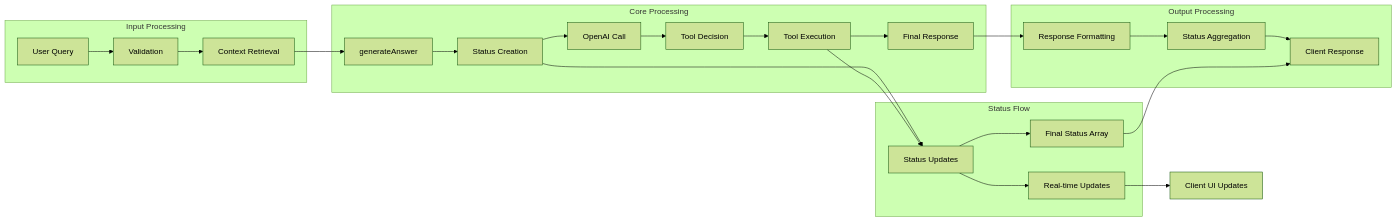
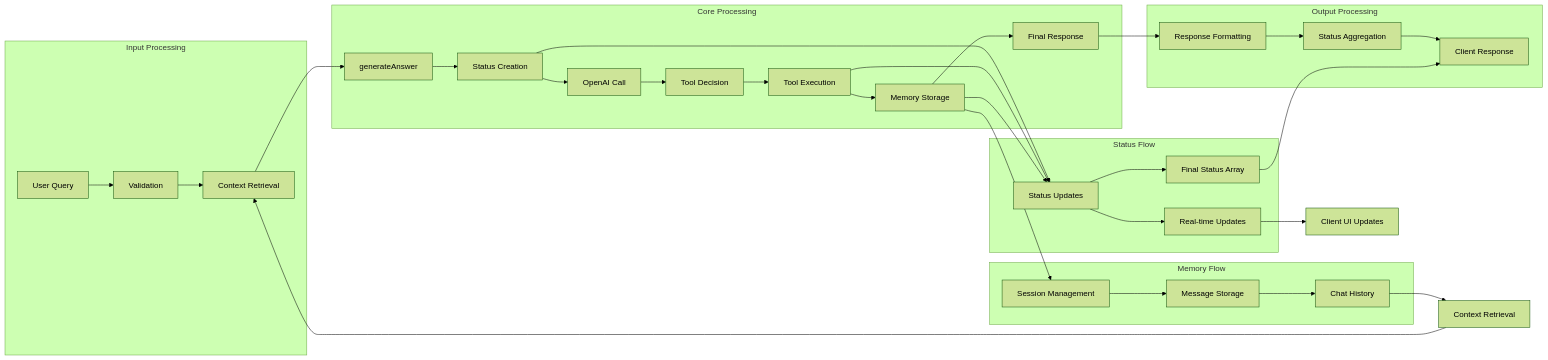
The third of 4 diagrams in docs/architecture-overview.md (rlynjb/adventurecue), drawn with Mermaid (forest theme) before and after one commit. The commit also changed other lines of this file, not shown here.

````diff
--- a/docs/architecture-overview.md
+++ b/docs/architecture-overview.md
@@ -84,33 +161,45 @@
 ```mermaid
 flowchart LR
     subgraph "Input Processing"
         A[User Query] --> B[Validation]
         B --> C[Context Retrieval]
     end
 
     subgraph "Core Processing"
         C --> D[generateAnswer]
         D --> E[Status Creation]
         E --> F[OpenAI Call]
         F --> G[Tool Decision]
         G --> H[Tool Execution]
-        H --> I[Final Response]
+        H --> I[Memory Storage]
+        I --> J[Final Response]
     end
 
     subgraph "Output Processing"
-        I --> J[Response Formatting]
-        J --> K[Status Aggregation]
-        K --> L[Client Response]
+        J --> K[Response Formatting]
+        K --> L[Status Aggregation]
+        L --> M[Client Response]
     end
 
     subgraph "Status Flow"
-        M[Status Updates]
-        E --> M
-        H --> M
-        M --> N[Real-time Updates]
-        M --> O[Final Status Array]
+        N[Status Updates]
+        E --> N
+        H --> N
+        I --> N
+        N --> O[Real-time Updates]
+        N --> P[Final Status Array]
     end
 
-    N --> P[Client UI Updates]
-    O --> L
+    subgraph "Memory Flow"
+        Q[Session Management]
+        R[Message Storage]
+        I --> Q
+        Q --> R
+        R --> S[Chat History]
+    end
+
+    O --> T[Client UI Updates]
+    P --> M
+    S --> U[Context Retrieval]
+    U --> C
 ```
````
